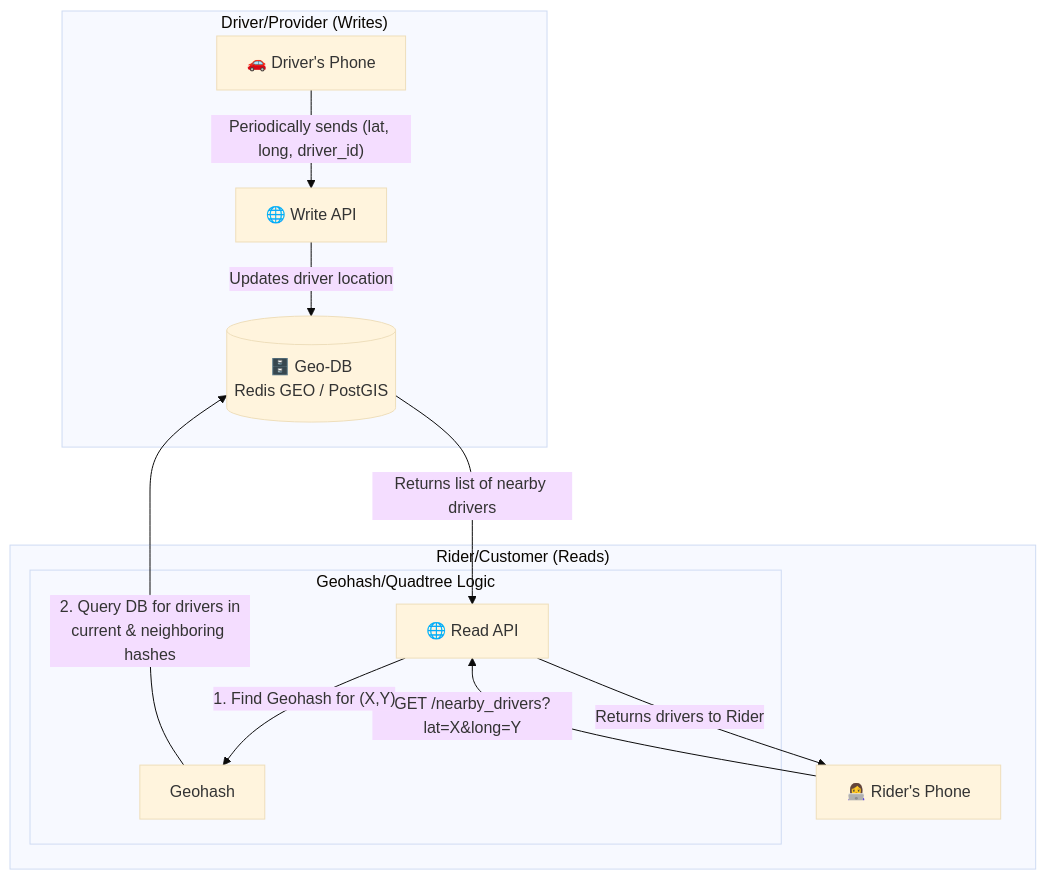
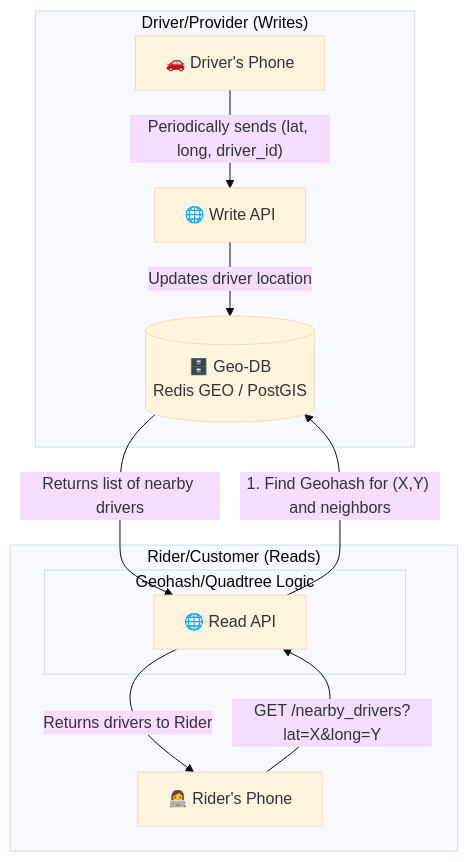
Before and after one commit to satishkumar-dhule/EA-SRE-prep: the tenth of 10 diagrams in System_Design_Visual_Interview_Prep.md, drawn with Mermaid (base theme). The commit also changed other lines of this file, not shown here.

````diff
--- a/System_Design_Visual_Interview_Prep.md
+++ b/System_Design_Visual_Interview_Prep.md
@@ -471,19 +473,18 @@
 ```mermaid
 graph TD
     subgraph "Driver/Provider (Writes)"
         Driver[🚗 Driver's Phone] -- "Periodically sends (lat, long, driver_id)" --> WriteAPI[🌐 Write API]
         WriteAPI -- "Updates driver location" --> DB[(🗄️ Geo-DB<br>Redis GEO / PostGIS)]
     end
 
     subgraph "Rider/Customer (Reads)"
         Rider[👩‍💻 Rider's Phone] -- "GET /nearby_drivers?lat=X&long=Y" --> ReadAPI[🌐 Read API]
         
         subgraph "Geohash/Quadtree Logic"
-             ReadAPI -- "1. Find Geohash for (X,Y)" --> Geohash
-             Geohash -- "2. Query DB for drivers in<br>current & neighboring hashes" --> DB
+             ReadAPI -- "1. Find Geohash for (X,Y) and neighbors" --> DB
         end
 
         DB -- "Returns list of nearby drivers" --> ReadAPI
         ReadAPI -- "Returns drivers to Rider" --> Rider
     end
 ```
````
